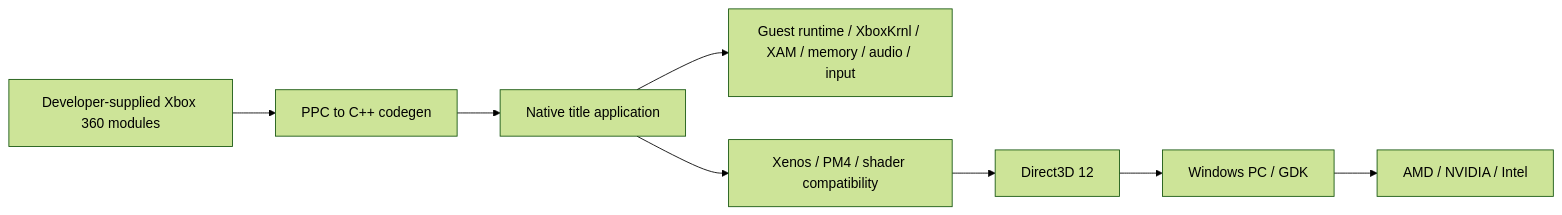
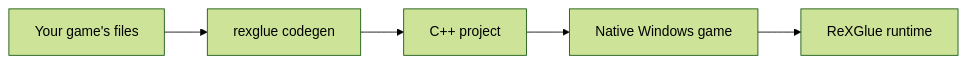
Before and after one commit to furqanagwan/rexglue-sdk: the diagram in README.md, drawn with Mermaid (forest theme). The commit also changed other lines of this file and 1 other file, not shown here.

````diff
--- a/README.md
+++ b/README.md
@@ -34,10 +16,7 @@
 ```mermaid
 flowchart LR
-  G[Developer-supplied Xbox 360 modules] --> R[PPC to C++ codegen]
-  R --> T[Native title application]
-  T --> K[Guest runtime / XboxKrnl / XAM / memory / audio / input]
-  T --> X[Xenos / PM4 / shader compatibility]
-  X --> D[Direct3D 12]
-  D --> W[Windows PC / GDK]
-  W --> V[AMD / NVIDIA / Intel]
+  A[Your game's files] --> B[rexglue codegen]
+  B --> C[C++ project]
+  C --> D[Native Windows game]
+  D --> E[ReXGlue runtime]
 ```
````
